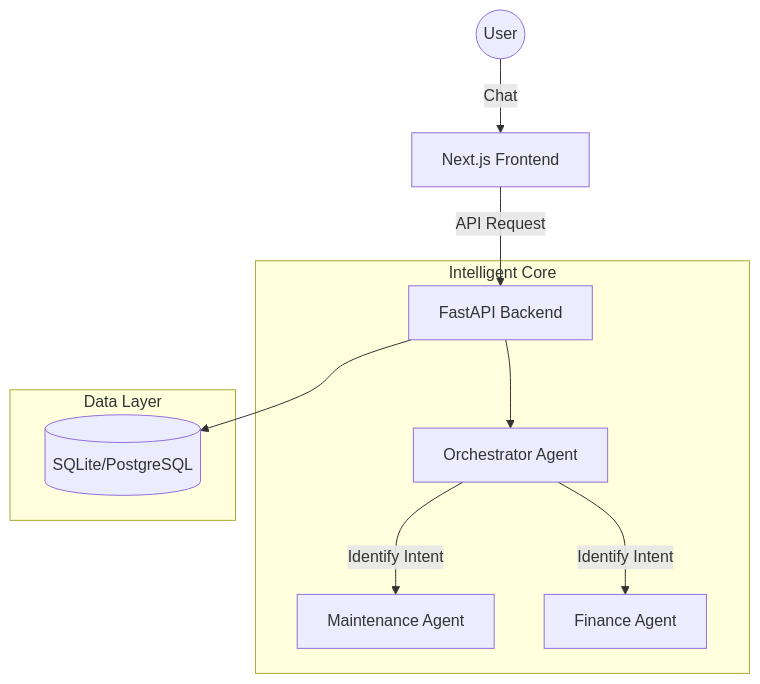
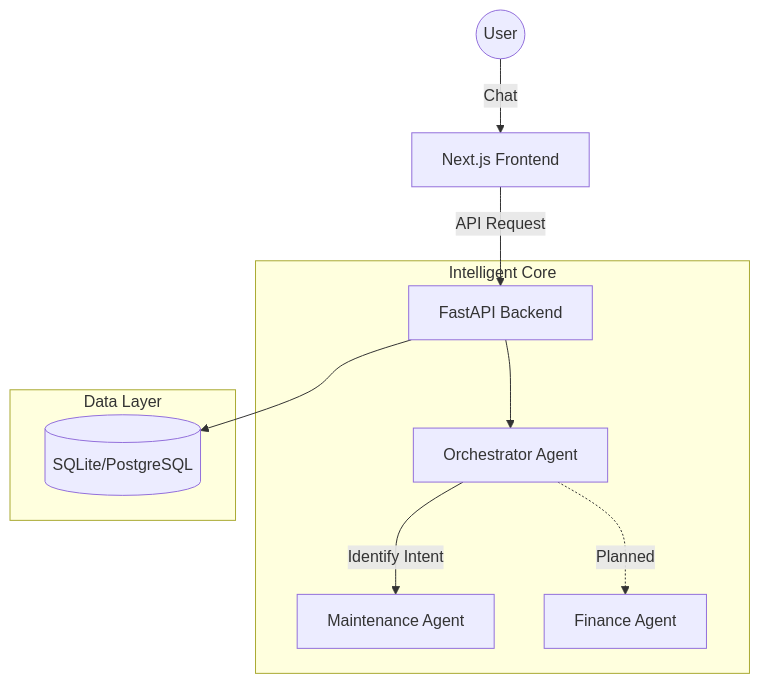
One commit to Charansaiputta13/AI-prop-tech changed the diagram in README.md. Above: the diagram before and after it, drawn with Mermaid. The commit also changed other lines of this file, not shown here.

Commit message:
docs: move Finance Agent to roadmap to reflect current implementation

````diff
--- a/README.md
+++ b/README.md
@@ -27,15 +26,15 @@
 ```mermaid
 graph TD
     User((User)) -->|Chat| FE[Next.js Frontend]
     FE -->|API Request| BE[FastAPI Backend]
     
     subgraph "Intelligent Core"
     BE --> ORCH[Orchestrator Agent]
     ORCH -->|Identify Intent| MA[Maintenance Agent]
-    ORCH -->|Identify Intent| FA[Finance Agent]
+    ORCH -.->|Planned| FA[Finance Agent]
     end
     
     subgraph "Data Layer"
     BE --> DB[(SQLite/PostgreSQL)]
     end
 ```
````
